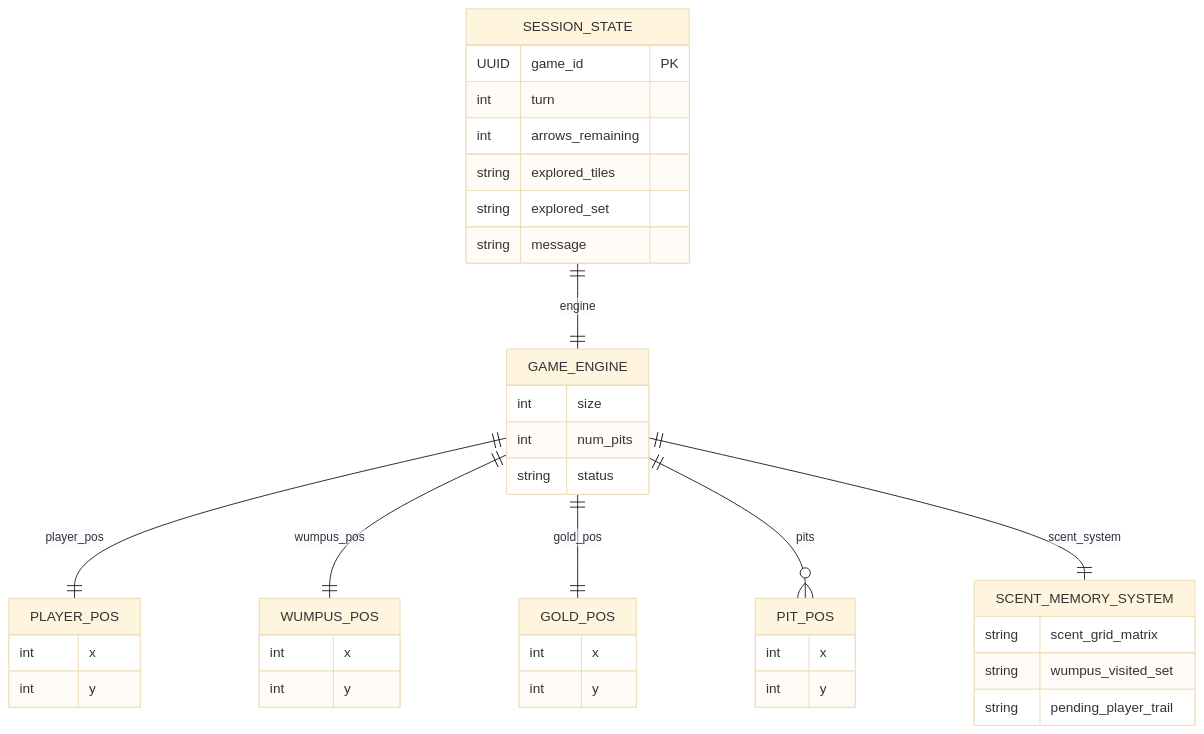
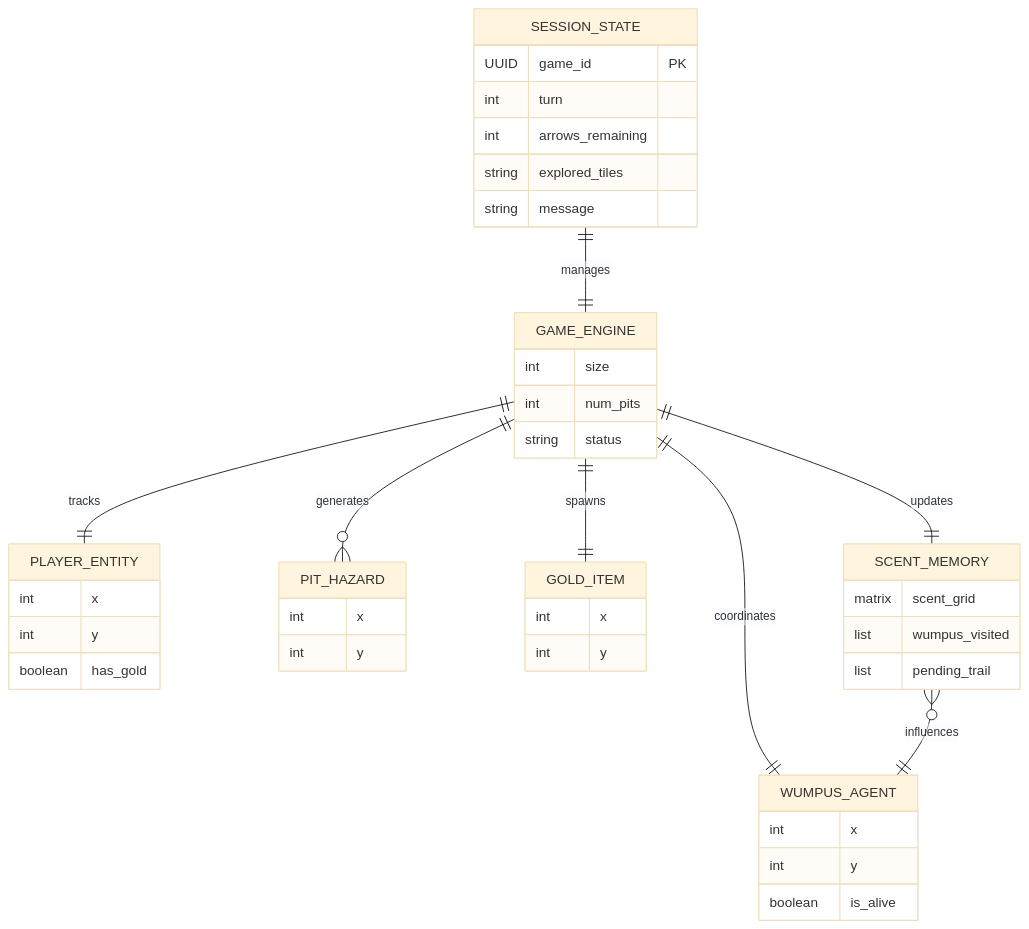
Before and after one commit to Amritesh-878/hunter-wumpus: the third of 4 diagrams in TECHNICAL_REPORT.md, drawn with Mermaid (base theme). The commit also changed other lines of this file, not shown here.

Commit message:
feat(diagrams): update architecture and component relationship diagrams to use Mermaid syntax

````diff
--- a/TECHNICAL_REPORT.md
+++ b/TECHNICAL_REPORT.md
@@ -194,50 +219,58 @@
 ```mermaid
 erDiagram
+    %% Core State Management
     SESSION_STATE {
         UUID game_id PK
         int turn
         int arrows_remaining
         string explored_tiles
-        string explored_set
         string message
     }
 
+    %% Main Game Logic
     GAME_ENGINE {
         int size
         int num_pits
         string status
     }
 
-    PLAYER_POS {
+    %% Active Entities
+    PLAYER_ENTITY {
+        int x
+        int y
+        boolean has_gold
+    }
+
+    WUMPUS_AGENT {
+        int x
+        int y
+        boolean is_alive
+    }
+
+    %% Static Grid Objects
+    PIT_HAZARD {
         int x
         int y
     }
 
-    WUMPUS_POS {
+    GOLD_ITEM {
         int x
         int y
     }
 
-    GOLD_POS {
-        int x
-        int y
+    %% RL Specific Memory
+    SCENT_MEMORY {
+        matrix scent_grid
+        list wumpus_visited
+        list pending_trail
     }
 
-    PIT_POS {
-        int x
-        int y
-    }
-
-    SCENT_MEMORY_SYSTEM {
-        string scent_grid_matrix
-        string wumpus_visited_set
-        string pending_player_trail
-    }
-
-    SESSION_STATE ||--|| GAME_ENGINE : engine
-    GAME_ENGINE ||--|| PLAYER_POS : player_pos
-    GAME_ENGINE ||--|| WUMPUS_POS : wumpus_pos
-    GAME_ENGINE ||--|| GOLD_POS : gold_pos
-    GAME_ENGINE ||--o{ PIT_POS : pits
-    GAME_ENGINE ||--|| SCENT_MEMORY_SYSTEM : scent_system
+    %% Relationships
+    SESSION_STATE ||--|| GAME_ENGINE : manages
+    GAME_ENGINE ||--|| PLAYER_ENTITY : tracks
+    GAME_ENGINE ||--|| WUMPUS_AGENT : coordinates
+    GAME_ENGINE ||--o{ PIT_HAZARD : generates
+    GAME_ENGINE ||--|| GOLD_ITEM : spawns
+    GAME_ENGINE ||--|| SCENT_MEMORY : updates
+    SCENT_MEMORY }o--|| WUMPUS_AGENT : influences
 ```
````
